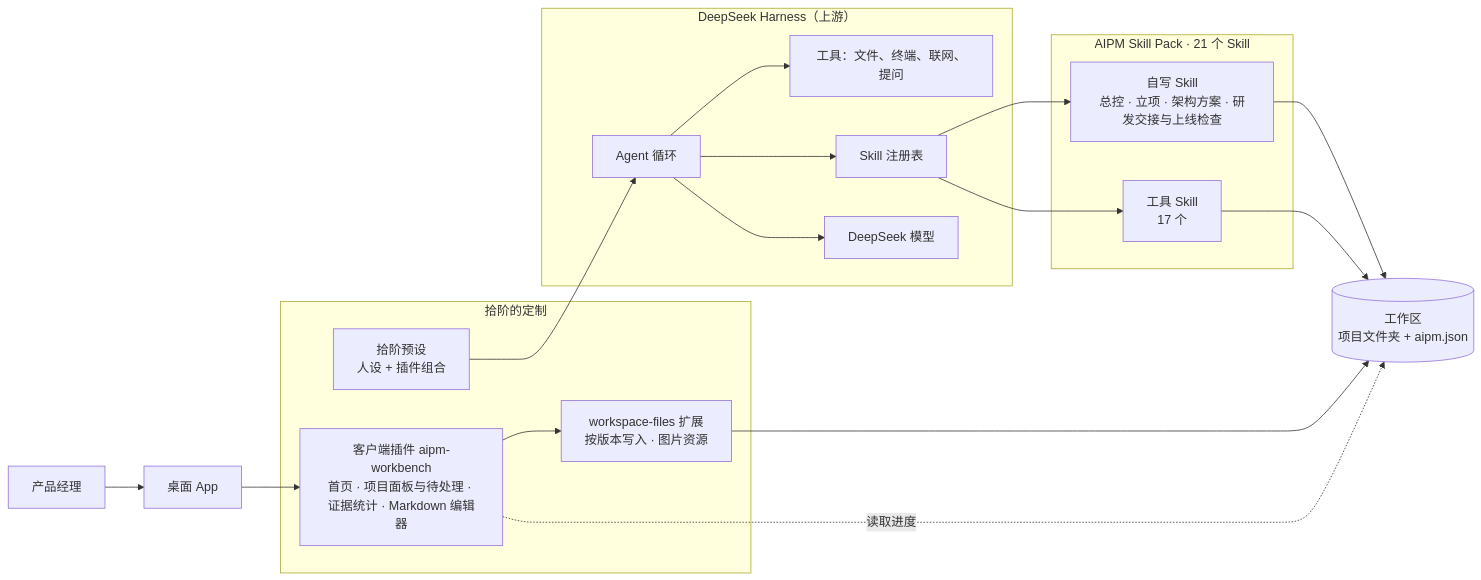
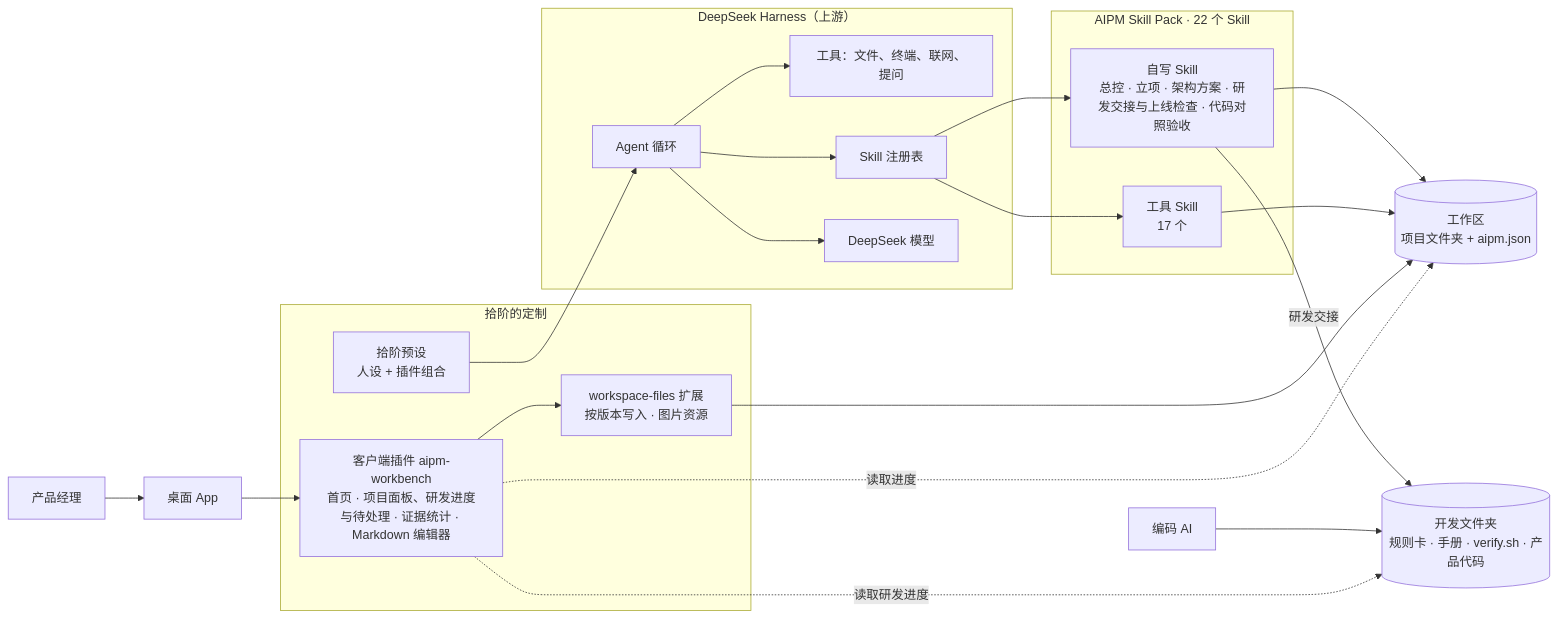
Before and after one commit to ZeroOnehub/aipm-workbench: the diagram in README.md, drawn with Mermaid. The commit also changed other lines of this file and 9 other files, not shown here.

````diff
--- a/README.md
+++ b/README.md
@@ -52,31 +63,34 @@
 ```mermaid
 flowchart LR
   PM[产品经理] --> UI[桌面 App]
 
   subgraph AIPM[拾阶的定制]
-    Client[客户端插件 aipm-workbench<br/>首页 · 项目面板与待处理 · 证据统计 · Markdown 编辑器]
+    Client[客户端插件 aipm-workbench<br/>首页 · 项目面板、研发进度与待处理 · 证据统计 · Markdown 编辑器]
     Preset[拾阶预设<br/>人设 + 插件组合]
     Files[workspace-files 扩展<br/>按版本写入 · 图片资源]
   end
 
   subgraph DSH[DeepSeek Harness（上游）]
     Loop[Agent 循环] --> Tools[工具：文件、终端、联网、提问]
     Loop --> Registry[Skill 注册表]
     Loop --> LLM[DeepSeek 模型]
   end
 
-  subgraph Skills[AIPM Skill Pack · 21 个 Skill]
-    Flow[自写 Skill<br/>总控 · 立项 · 架构方案 · 研发交接与上线检查]
+  subgraph Skills[AIPM Skill Pack · 22 个 Skill]
+    Flow[自写 Skill<br/>总控 · 立项 · 架构方案 · 研发交接与上线检查 · 代码对照验收]
     Pack[工具 Skill<br/>17 个]
   end
 
   UI --> Client
   Client --> Files
   Preset --> Loop
   Registry --> Flow
   Registry --> Pack
   Flow --> WS[(工作区<br/>项目文件夹 + aipm.json)]
   Pack --> WS
   Files --> WS
   Client -. 读取进度 .-> WS
+  Flow -- 研发交接 --> Dev[(开发文件夹<br/>规则卡 · 手册 · verify.sh · 产品代码)]
+  Coder[编码 AI] --> Dev
+  Client -. 读取研发进度 .-> Dev
 ```
````
